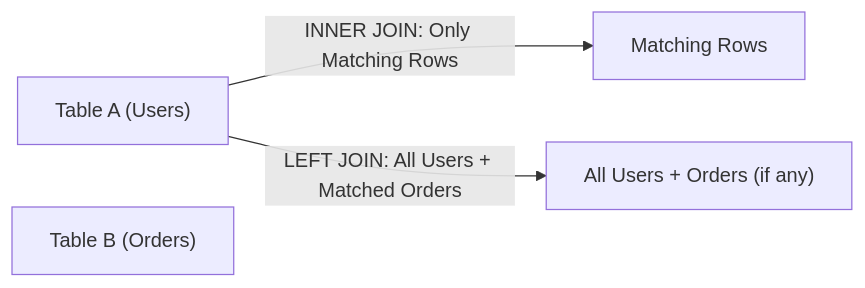
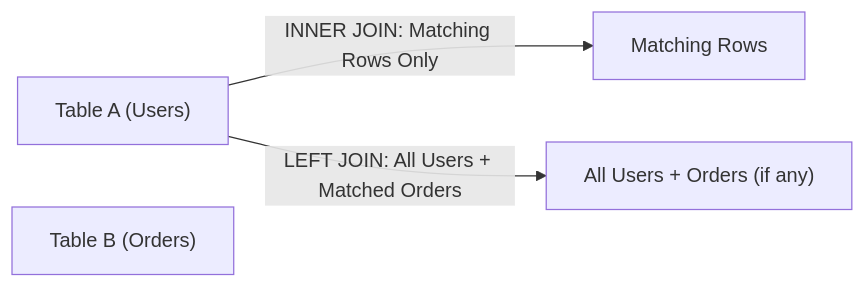
Diagram 20 of 21 in 06-Java-and-Spring-Boot/Spring Boot Interview Guide.md (rohithgowda18/Notes), drawn with Mermaid before and after one commit. The commit also changed other lines of this file, not shown here.

````diff
--- a/06-Java-and-Spring-Boot/Spring Boot Interview Guide.md
+++ b/06-Java-and-Spring-Boot/Spring Boot Interview Guide.md
@@ -1540,8 +1173,8 @@
 ```mermaid
 flowchart LR
     A["Table A (Users)"]
     B["Table B (Orders)"]
 
-    A -->|"INNER JOIN: Only Matching Rows"| IJ["Matching Rows"]
+    A -->|"INNER JOIN: Matching Rows Only"| IJ["Matching Rows"]
     A -->|"LEFT JOIN: All Users + Matched Orders"| LJ["All Users + Orders (if any)"]
 ```
````
